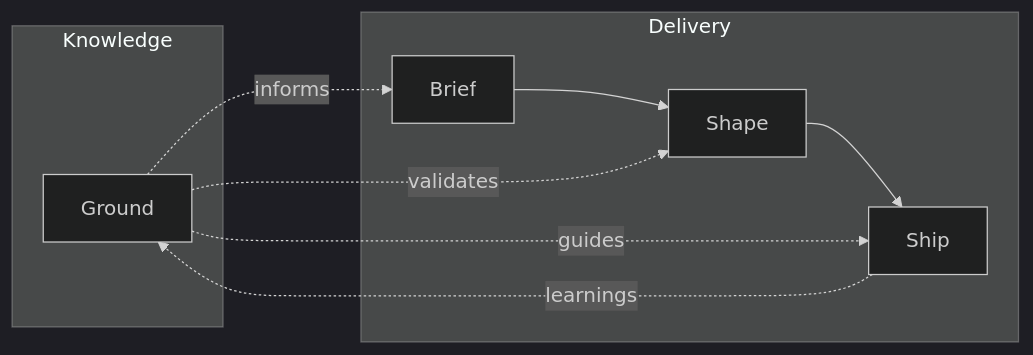
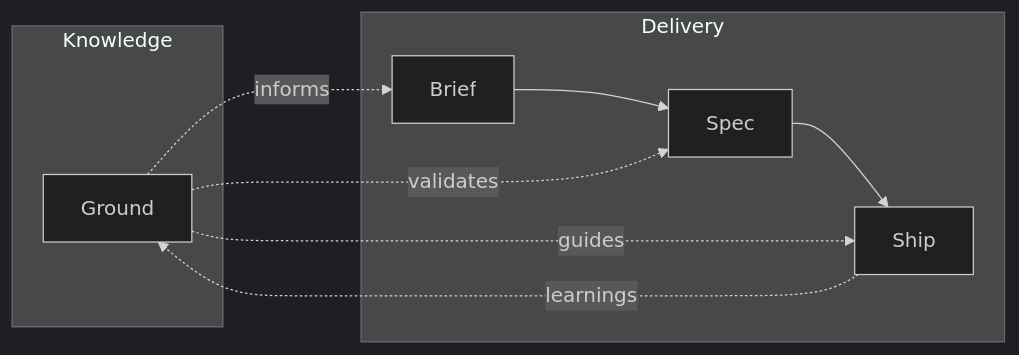
The diagram in README.md (mindrevolution/mill), drawn with Mermaid (dark theme) before and after one commit. The commit also changed other lines of this file and 9 other files, not shown here.

First line of the commit message:
feat(spec): rename shape to spec, add R × A × C coverage model

````diff
--- a/README.md
+++ b/README.md
@@ -43,16 +43,16 @@
 ```mermaid
 flowchart LR
     subgraph Knowledge
         G[Ground]
     end
 
     subgraph Delivery
-        B[Brief] --> S[Shape] --> X[Ship]
+        B[Brief] --> S[Spec] --> X[Ship]
     end
 
     G -.->|informs| B
     G -.->|validates| S
     G -.->|guides| X
 
     X -.->|learnings| G
 ```
````
